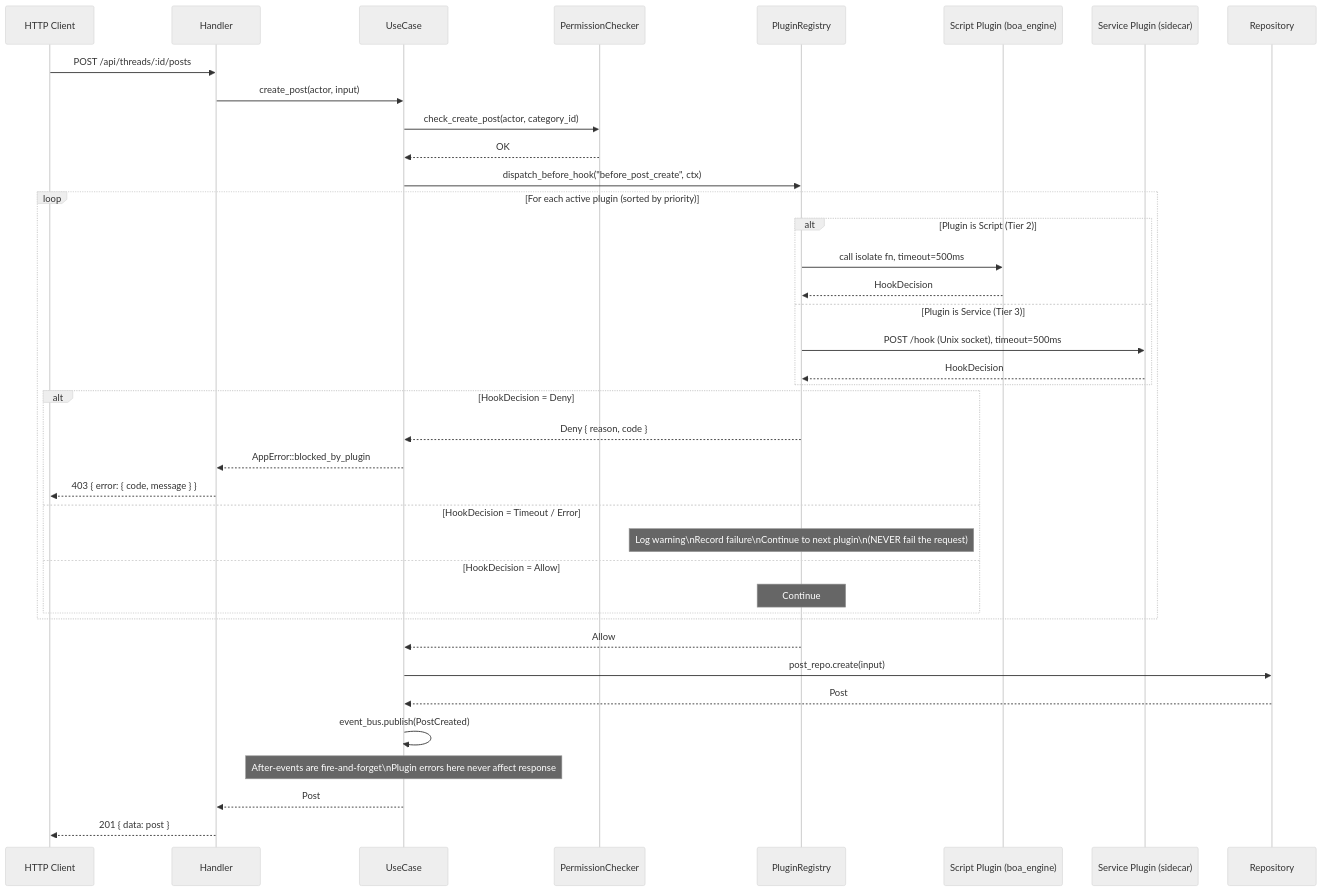
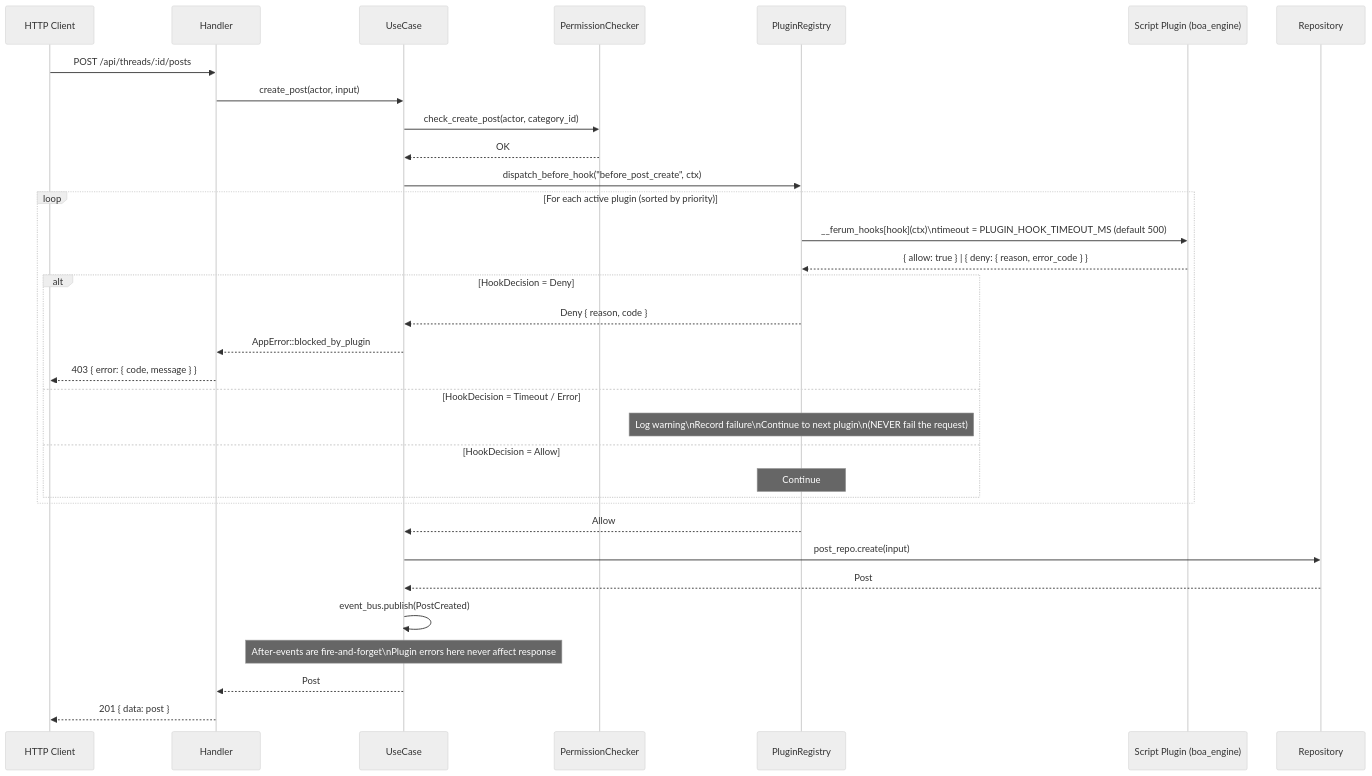
The seventh of 14 diagrams in docs/plugin-system/technical-design.md (rex-pj/ferum-board), drawn with Mermaid (neutral theme) before and after one commit. The commit also changed other lines of this file and 18 other files, not shown here.

````diff
--- a/docs/plugin-system/technical-design.md
+++ b/docs/plugin-system/technical-design.md
@@ -274,50 +293,44 @@
 ```mermaid
 sequenceDiagram
     participant C as HTTP Client
     participant H as Handler
     participant UC as UseCase
     participant PC as PermissionChecker
     participant PR as PluginRegistry
     participant P2 as Script Plugin (boa_engine)
-    participant P3 as Service Plugin (sidecar)
     participant Repo as Repository
 
     C->>H: POST /api/threads/:id/posts
     H->>UC: create_post(actor, input)
 
     UC->>PC: check_create_post(actor, category_id)
     PC-->>UC: OK
 
     UC->>PR: dispatch_before_hook("before_post_create", ctx)
 
     loop For each active plugin (sorted by priority)
-        alt Plugin is Script (Tier 2)
-            PR->>P2: call isolate fn, timeout=500ms
-            P2-->>PR: HookDecision
-        else Plugin is Service (Tier 3)
-            PR->>P3: POST /hook (Unix socket), timeout=500ms
-            P3-->>PR: HookDecision
-        end
+        PR->>P2: __ferum_hooks[hook](ctx)\ntimeout = PLUGIN_HOOK_TIMEOUT_MS (default 500)
+        P2-->>PR: { allow: true } | { deny: { reason, error_code } }
 
         alt HookDecision = Deny
             PR-->>UC: Deny { reason, code }
             UC-->>H: AppError::blocked_by_plugin
             H-->>C: 403 { error: { code, message } }
         else HookDecision = Timeout / Error
             Note over PR: Log warning\nRecord failure\nContinue to next plugin\n(NEVER fail the request)
         else HookDecision = Allow
             Note over PR: Continue
         end
     end
 
     PR-->>UC: Allow
 
     UC->>Repo: post_repo.create(input)
     Repo-->>UC: Post
 
     UC->>UC: event_bus.publish(PostCreated)
     Note over UC: After-events are fire-and-forget\nPlugin errors here never affect response
 
     UC-->>H: Post
     H-->>C: 201 { data: post }
 ```
````
